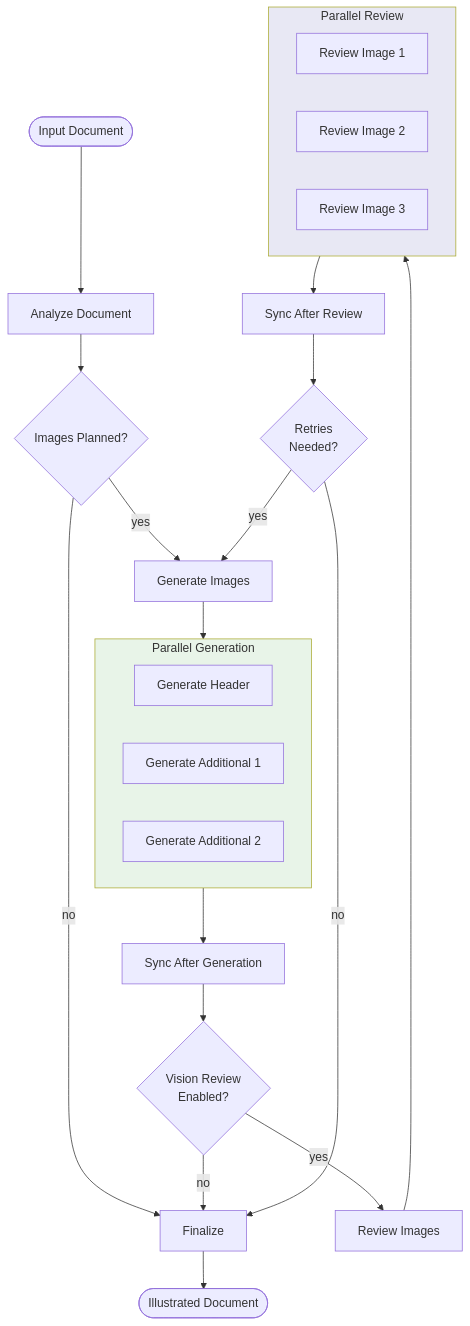
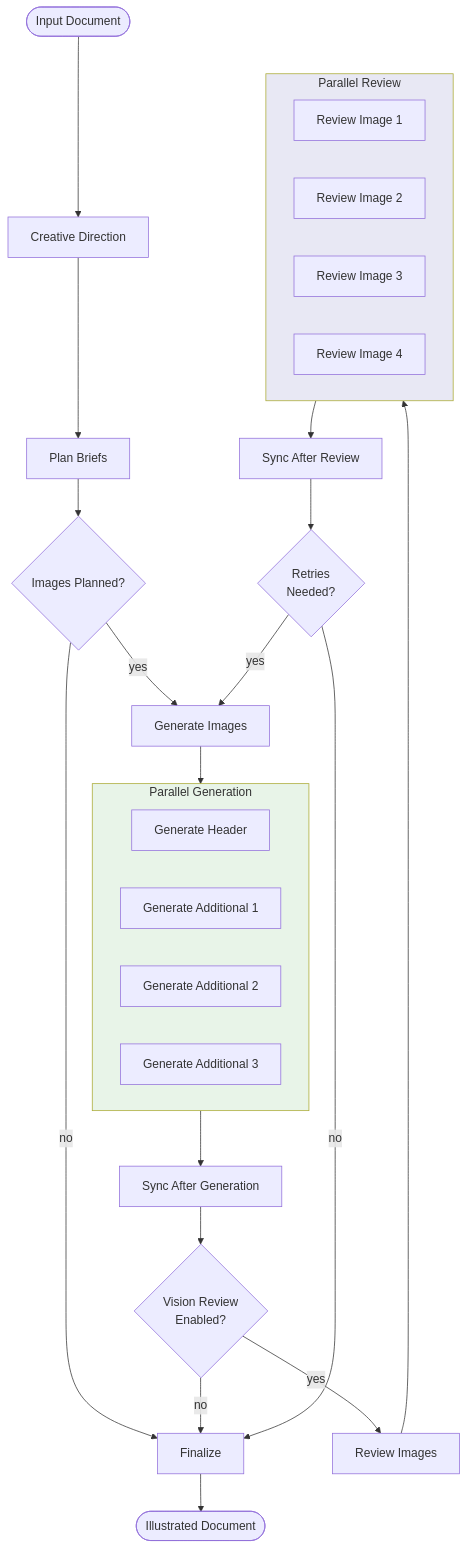
One commit to DaveCBeck/thala changed the diagram in workflows/output/illustrate/README.md. Above: the diagram before and after it, drawn with Mermaid. The commit also changed other lines of this file and 9 other files, not shown here.

````diff
--- a/workflows/output/illustrate/README.md
+++ b/workflows/output/illustrate/README.md
@@ -42,38 +42,41 @@
 ```mermaid
 flowchart TD
-    START([Input Document]) --> A[Analyze Document]
-    A --> B{Images Planned?}
+    START([Input Document]) --> P1[Creative Direction]
+    P1 --> P2[Plan Briefs]
+    P2 --> B{Images Planned?}
     B -->|no| F[Finalize]
     B -->|yes| C[Generate Images]
 
     subgraph generation ["Parallel Generation"]
         C1[Generate Header]
         C2[Generate Additional 1]
         C3[Generate Additional 2]
+        C4[Generate Additional 3]
     end
 
     C --> generation
     generation --> D[Sync After Generation]
 
     D --> E{Vision Review<br/>Enabled?}
     E -->|no| F
     E -->|yes| G[Review Images]
 
     subgraph review ["Parallel Review"]
         G1[Review Image 1]
         G2[Review Image 2]
         G3[Review Image 3]
+        G4[Review Image 4]
     end
 
     G --> review
     review --> H[Sync After Review]
 
     H --> I{Retries<br/>Needed?}
     I -->|yes| C
     I -->|no| F
 
     F[Finalize] --> END([Illustrated Document])
 
     style generation fill:#e8f4e8
     style review fill:#e8e8f4
 ```
````
